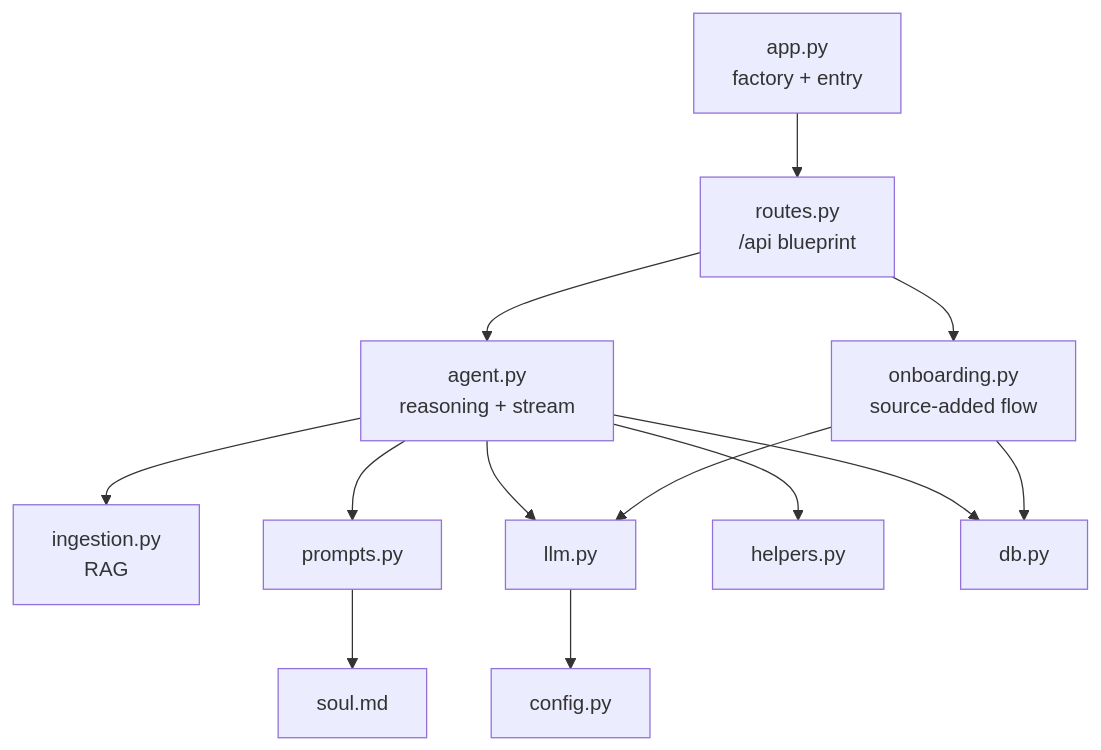
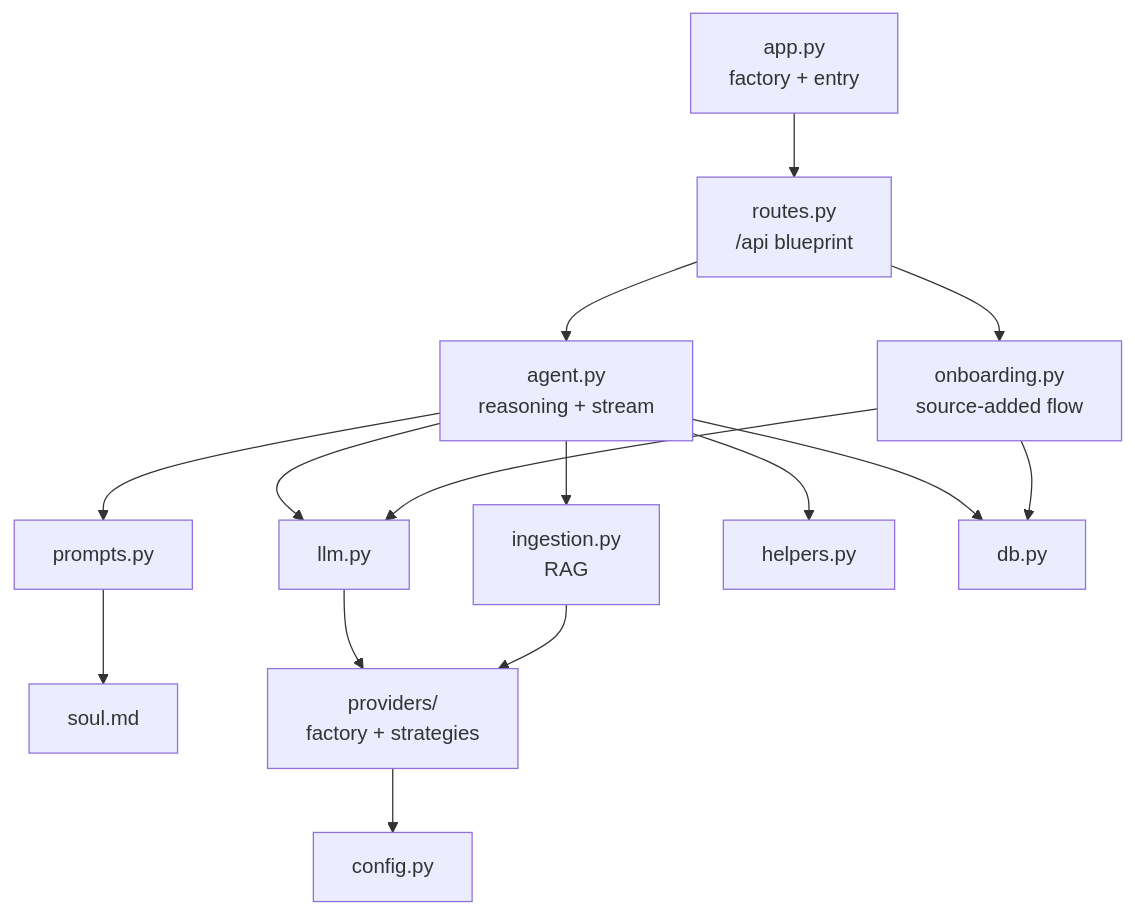
The first of 4 diagrams in ChatBot-Backend/LLD.md (nayanjain20/Notebook), drawn with Mermaid before and after one commit. The commit also changed other lines of this file and 25 other files, not shown here.

First line of the commit message:
Feature/pluggable llm providers (#11)

````diff
--- a/ChatBot-Backend/LLD.md
+++ b/ChatBot-Backend/LLD.md
@@ -10,15 +10,17 @@
 ```mermaid
 flowchart TD
     app[app.py<br/>factory + entry] --> routes[routes.py<br/>/api blueprint]
     routes --> agent[agent.py<br/>reasoning + stream]
     routes --> onboarding[onboarding.py<br/>source-added flow]
     agent --> ingestion[ingestion.py<br/>RAG]
     agent --> prompts[prompts.py]
     agent --> llm[llm.py]
     agent --> helpers[helpers.py]
     agent --> db[db.py]
     onboarding --> llm
     onboarding --> db
     prompts --> soul[soul.md]
-    llm --> config[config.py]
+    llm --> providers[providers/<br/>factory + strategies]
+    ingestion --> providers
+    providers --> config[config.py]
 ```
````
